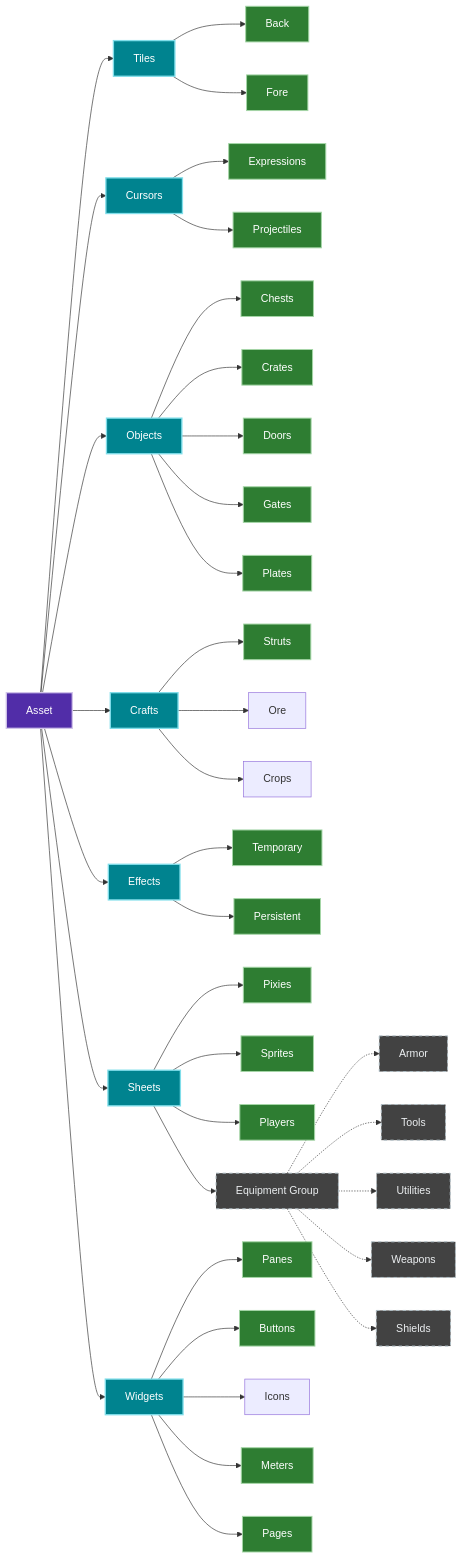
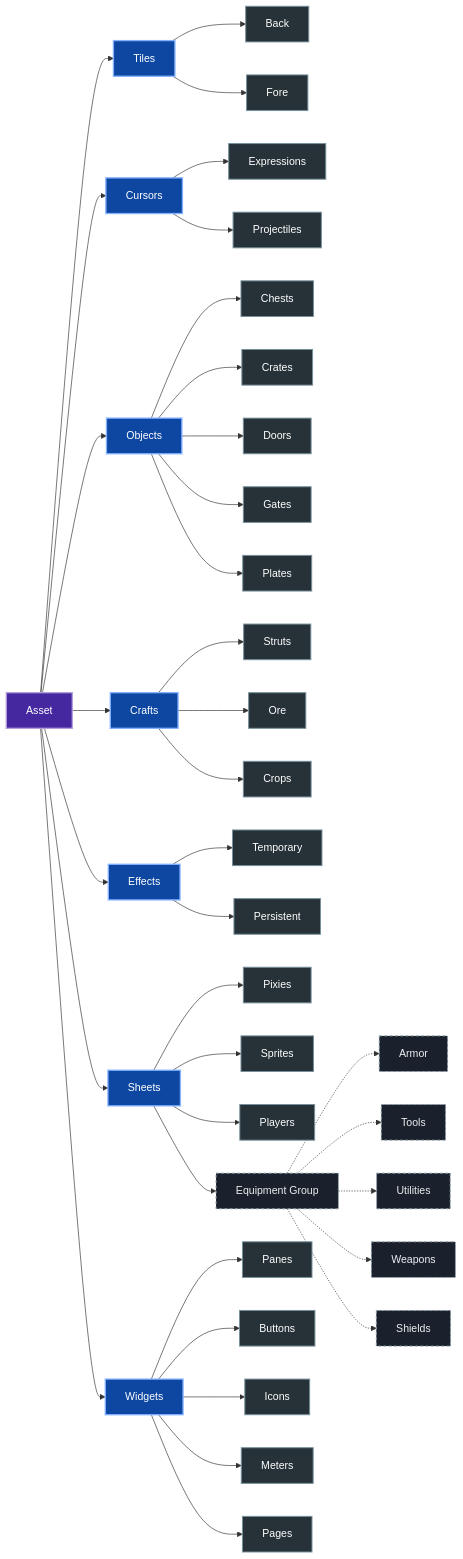
Before and after one commit to chinchalinchin/ontology: the diagram in docs/static/mmd/asset-hierarchy.mmd, drawn with Mermaid. The commit also changed 18 other files, not shown here.

```diff
--- a/docs/static/mmd/asset-hierarchy.mmd
+++ b/docs/static/mmd/asset-hierarchy.mmd
@@ -1,66 +1,66 @@
 graph LR
     %% Base
     Asset[Asset]
 
     %% Categories
     Asset --> Tiles[Tiles]
     Asset --> Cursors[Cursors]
     Asset --> Objects[Objects]
     Asset --> Crafts[Crafts]
     Asset --> Effects[Effects]
     Asset --> Sheets[Sheets]
     Asset --> Widgets[Widgets]
 
     %% Tile Instances
     Tiles --> Back[Back]
     Tiles --> Fore[Fore]
 
     %% Cursor Instances
     Cursors --> Expressions[Expressions]
     Cursors --> Projectiles[Projectiles]
 
     %% Object Instances
     Objects --> Chests[Chests]
     Objects --> Crates[Crates]
     Objects --> Doors[Doors]
     Objects --> Gates[Gates]
     Objects --> Plates[Plates]
 
     %% Craft Instances
     Crafts --> Struts[Struts]
     Crafts --> Ore[Ore]
     Crafts --> Crops[Crops]
 
     %% Effect Instances
     Effects --> Temporary[Temporary]
     Effects --> Persistent[Persistent]
 
     %% Sheet Instances & Sub-groups
     Sheets --> Pixies[Pixies]
     Sheets --> Sprites[Sprites]
     Sheets --> Players[Players]
     Sheets --> Equipment[Equipment Group]
 
     Equipment -.-> Armor[Armor]
     Equipment -.-> Tools[Tools]
     Equipment -.-> Utilities[Utilities]
     Equipment -.-> Weapons[Weapons]
     Equipment -.-> Shields[Shields]
 
     %% Widget Instances
     Widgets --> Panes[Panes]
     Widgets --> Buttons[Buttons]
     Widgets --> Icons[Icons]
     Widgets --> Meters[Meters]
     Widgets --> Pages[Pages]
 
-    %% Styling (Material Design Slate/Dark Surface with WCAG AAA High-Contrast Text)
-    classDef base fill:#512da8,stroke:#d1c4e9,stroke-width:2px,color:#ffffff;
-    classDef category fill:#00838f,stroke:#80deea,stroke-width:2px,color:#ffffff;
-    classDef instance fill:#2e7d32,stroke:#a5d6a7,stroke-width:1.5px,color:#ffffff;
-    classDef virtual fill:#424242,stroke:#b0bec5,stroke-width:1.5px,stroke-dasharray: 5 5,color:#eceff1;
+    %% Styling (Material Theme: Slate background, Deep Purple primary, Blue accent)
+    classDef base fill:#4527a0,stroke:#b39ddb,stroke-width:2px,color:#ffffff;
+    classDef category fill:#0d47a1,stroke:#82b1ff,stroke-width:2px,color:#ffffff;
+    classDef instance fill:#263238,stroke:#78909c,stroke-width:1.5px,color:#ffffff;
+    classDef virtual fill:#1a202c,stroke:#90a4ae,stroke-width:1.5px,stroke-dasharray: 4 4,color:#eceff1;
 
     class Asset base;
     class Tiles,Cursors,Objects,Crafts,Effects,Sheets,Widgets category;
-    class Back,Fore,Expressions,Projectiles,Chests,Crates,Doors,Gates,Plates,Struts,Plots,Temporary,Persistent,Pixies,Sprites,Players,Panes,Buttons,Languages,Meters,Pages instance;
+    class Back,Fore,Expressions,Projectiles,Chests,Crates,Doors,Gates,Plates,Struts,Ore,Crops,Temporary,Persistent,Pixies,Sprites,Players,Panes,Buttons,Icons,Meters,Pages instance;
     class Equipment,Armor,Tools,Utilities,Weapons,Shields virtual;
```
